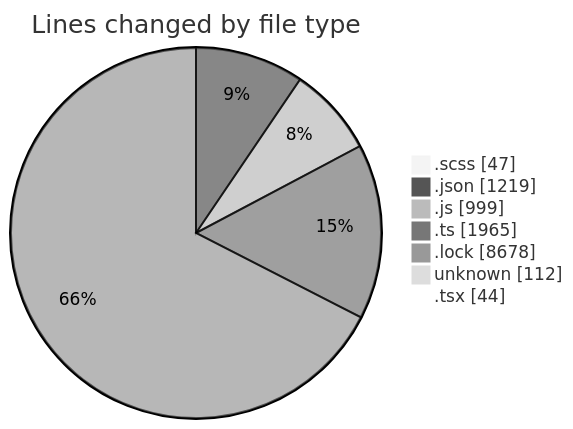
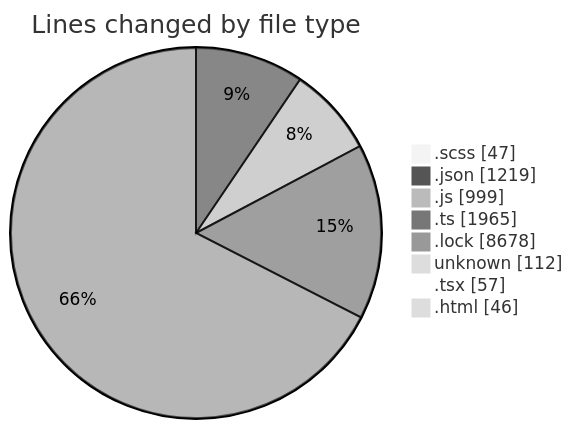
Before and after one commit to momahboobian/code-tracking: the first of 2 diagrams in 2026-04-21/cda/README.md, drawn with Mermaid (neutral theme). The commit also changed other lines of this file and 1 other file, not shown here.

````diff
--- a/2026-04-21/cda/README.md
+++ b/2026-04-21/cda/README.md
@@ -48,11 +50,12 @@
 ```mermaid
 pie showData
 title Lines changed by file type
 ".scss" : 47
 ".json" : 1219
 ".js" : 999
 ".ts" : 1965
 ".lock" : 8678
 "unknown" : 112
-".tsx" : 44
+".tsx" : 57
+".html" : 46
 ```
````
